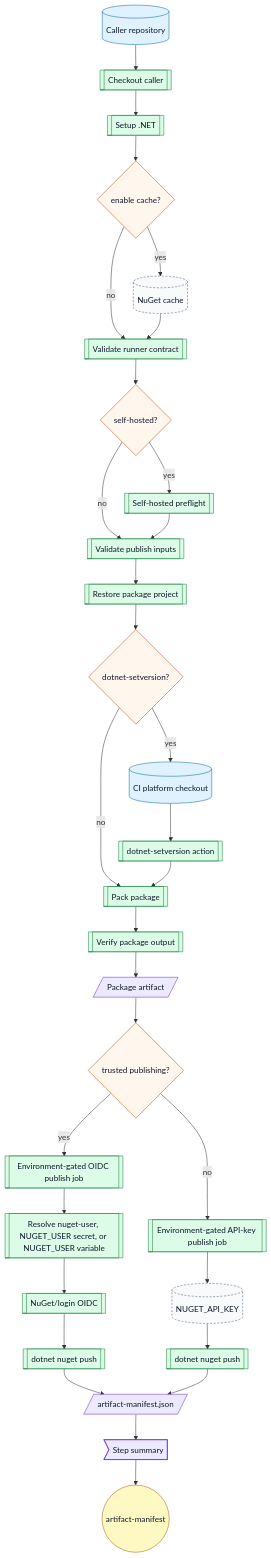
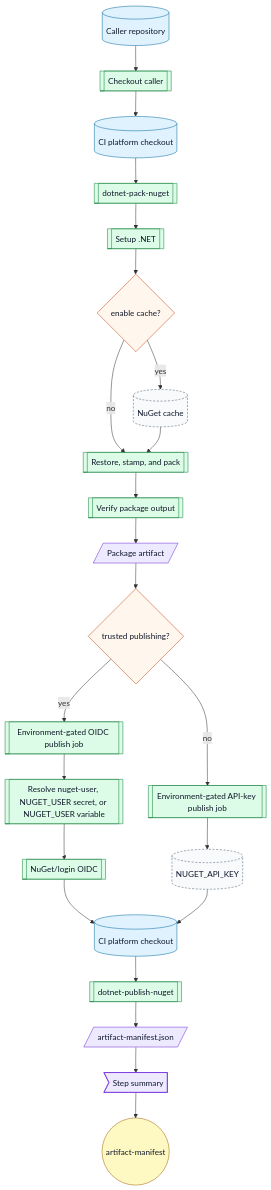
One commit to ArkanisCorporation/ci changed diagram 12 of 17 in docs/workflow-catalog.md. Above: the diagram before and after it, drawn with Mermaid. The commit also changed other lines of this file and 11 other files, not shown here.

Commit message:
fix(gha): support caller-owned NuGet trusted publishing

````diff
--- a/docs/workflow-catalog.md
+++ b/docs/workflow-catalog.md
@@ -1186,45 +1188,37 @@
 ```mermaid
 flowchart TD
   caller[("Caller repository")] --> checkout[[Checkout caller]]
-  checkout --> dotnet[[Setup .NET]]
+  checkout --> platformPack[("CI platform checkout")]
+  platformPack --> packAction[[dotnet-pack-nuget]]
+  packAction --> dotnet[[Setup .NET]]
   dotnet --> cache{enable cache?}
   cache -->|yes| nugetCache[("NuGet cache")]
-  cache -->|no| validate[[Validate runner contract]]
-  nugetCache --> validate
-  validate --> preflight{self-hosted?}
-  preflight -->|yes| sh[[Self-hosted preflight]]
-  preflight -->|no| inputs[[Validate publish inputs]]
-  sh --> inputs
-  inputs --> restore[[Restore package project]]
-  restore --> stamp{dotnet-setversion?}
-  stamp -->|yes| platform[("CI platform checkout")]
-  platform --> setversion[[dotnet-setversion action]]
-  stamp -->|no| pack[[Pack package]]
-  setversion --> pack
+  cache -->|no| pack[[Restore, stamp, and pack]]
+  nugetCache --> pack
   pack --> verify[[Verify package output]]
   verify --> packageArtifact[/Package artifact/]
   packageArtifact --> auth{trusted publishing?}
   auth -->|yes| envOidc[["Environment-gated OIDC publish job"]]
   auth -->|no| envApi[["Environment-gated API-key publish job"]]
   envOidc --> nugetUser[[Resolve nuget-user, NUGET_USER secret, or NUGET_USER variable]]
   nugetUser --> oidc[[NuGet/login OIDC]]
-  oidc --> trustedPush[[dotnet nuget push]]
+  oidc --> platformPublish[("CI platform checkout")]
+  platformPublish --> publishAction[[dotnet-publish-nuget]]
   envApi --> apiKey[("NUGET_API_KEY")]
-  apiKey --> keyPush[[dotnet nuget push]]
-  trustedPush --> manifest[/artifact-manifest.json/]
-  keyPush --> manifest
+  apiKey --> platformPublish
+  publishAction --> manifest[/artifact-manifest.json/]
   manifest --> summary>Step summary]
   summary --> outputs(("artifact-manifest"))
   classDef repo fill:#e0f2fe,stroke:#0369a1,color:#0f172a
   classDef action fill:#dcfce7,stroke:#15803d,color:#0f172a
   classDef decision fill:#fff7ed,stroke:#c2410c,color:#0f172a
   classDef artifact fill:#ede9fe,stroke:#6d28d9,color:#0f172a
   classDef output fill:#fef9c3,stroke:#a16207,color:#0f172a
   classDef external fill:#f8fafc,stroke:#475569,stroke-dasharray: 4 3,color:#0f172a
-  class caller,platform repo
-  class checkout,dotnet,validate,sh,inputs,restore,setversion,pack,verify,envOidc,envApi,nugetUser,oidc,trustedPush,keyPush action
-  class cache,preflight,stamp,auth decision
+  class caller,platformPack,platformPublish repo
+  class checkout,packAction,dotnet,pack,verify,envOidc,envApi,nugetUser,oidc,publishAction action
+  class cache,auth decision
   class packageArtifact,manifest,summary artifact
   class outputs output
   class nugetCache,apiKey external
 ```
````
